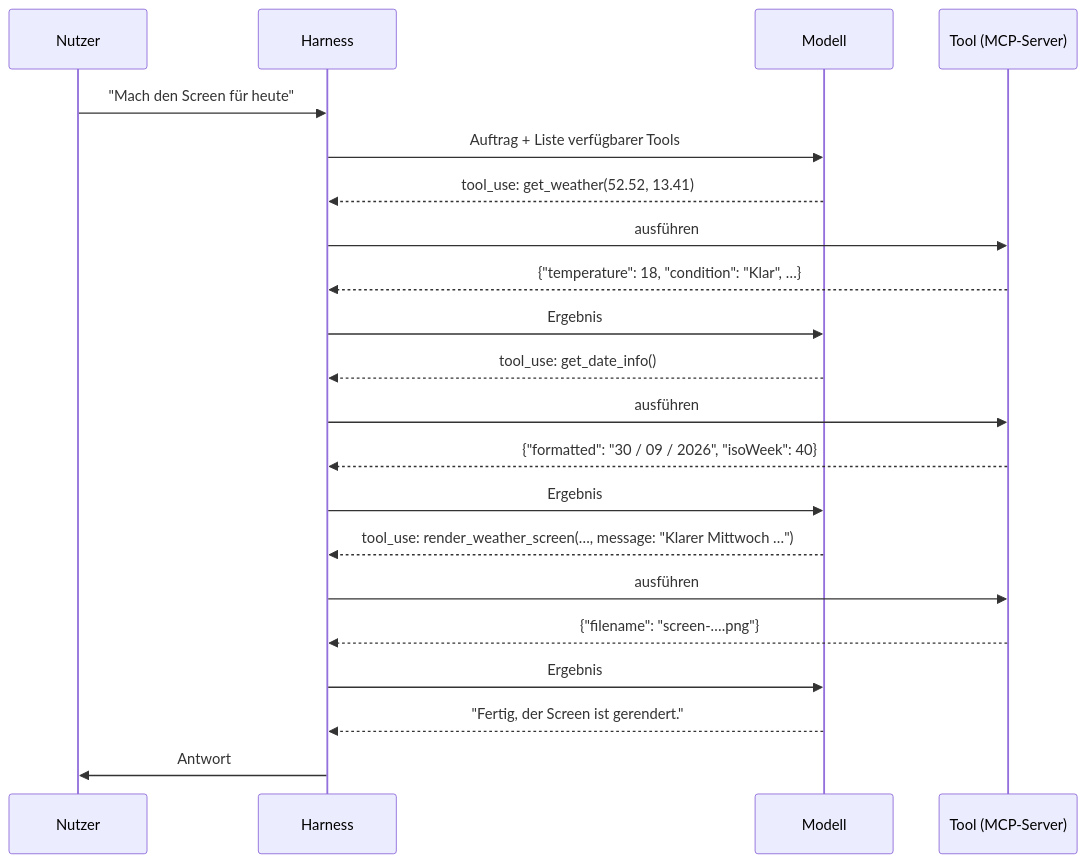
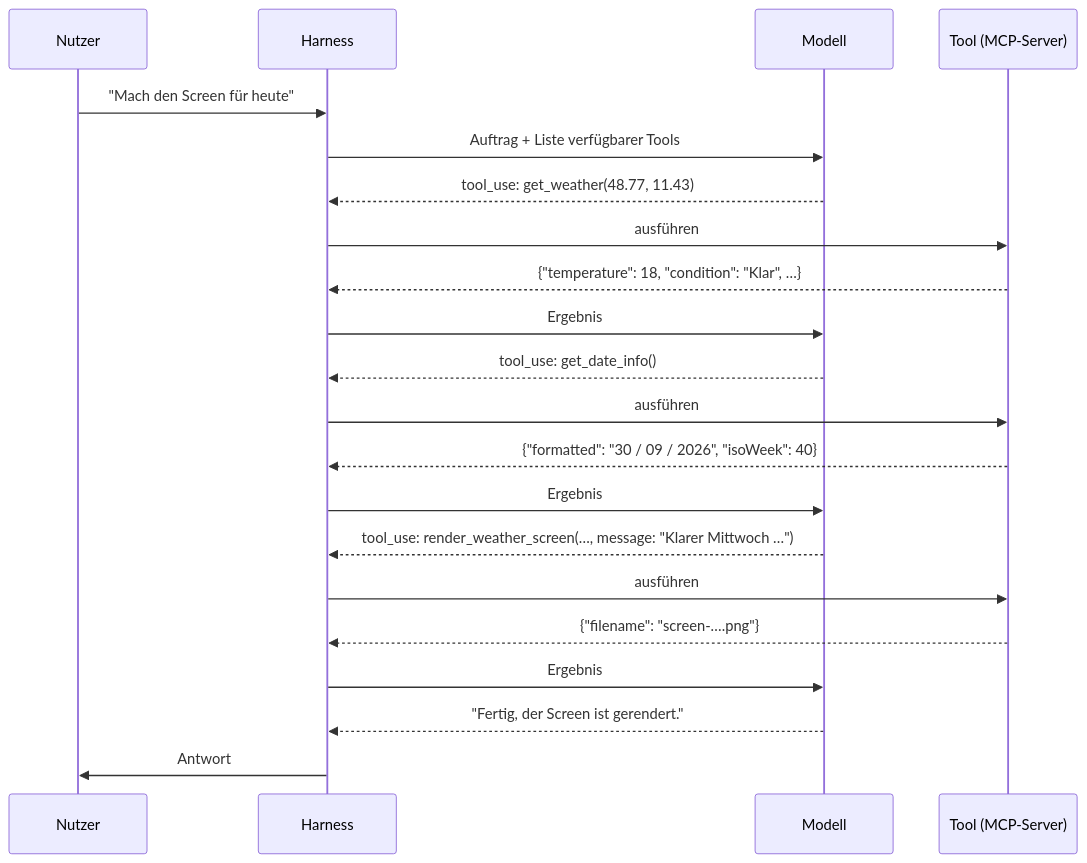
The diagram in docs-guide/01-bausteine.md (Stiriacus/TRMNL-MCP), drawn with Mermaid before and after one commit. The commit also changed other lines of this file and 8 other files, not shown here.

First line of the commit message:
Website: Messing-Markierung entfernt, Vorher-Diagramm als SVG, render_weather_screen-Beschreibung auf LaraPaper, Beispielort Ingolstadt

````diff
--- a/docs-guide/01-bausteine.md
+++ b/docs-guide/01-bausteine.md
@@ -26,23 +26,23 @@
 ```mermaid
 sequenceDiagram
     participant U as Nutzer
     participant H as Harness
     participant M as Modell
     participant T as Tool (MCP-Server)
     U->>H: "Mach den Screen für heute"
     H->>M: Auftrag + Liste verfügbarer Tools
-    M-->>H: tool_use: get_weather(52.52, 13.41)
+    M-->>H: tool_use: get_weather(48.77, 11.43)
     H->>T: ausführen
     T-->>H: {"temperature": 18, "condition": "Klar", …}
     H->>M: Ergebnis
     M-->>H: tool_use: get_date_info()
     H->>T: ausführen
     T-->>H: {"formatted": "30 / 09 / 2026", "isoWeek": 40}
     H->>M: Ergebnis
     M-->>H: tool_use: render_weather_screen(…, message: "Klarer Mittwoch …")
     H->>T: ausführen
     T-->>H: {"filename": "screen-….png"}
     H->>M: Ergebnis
     M-->>H: "Fertig, der Screen ist gerendert."
     H->>U: Antwort
 ```
````
